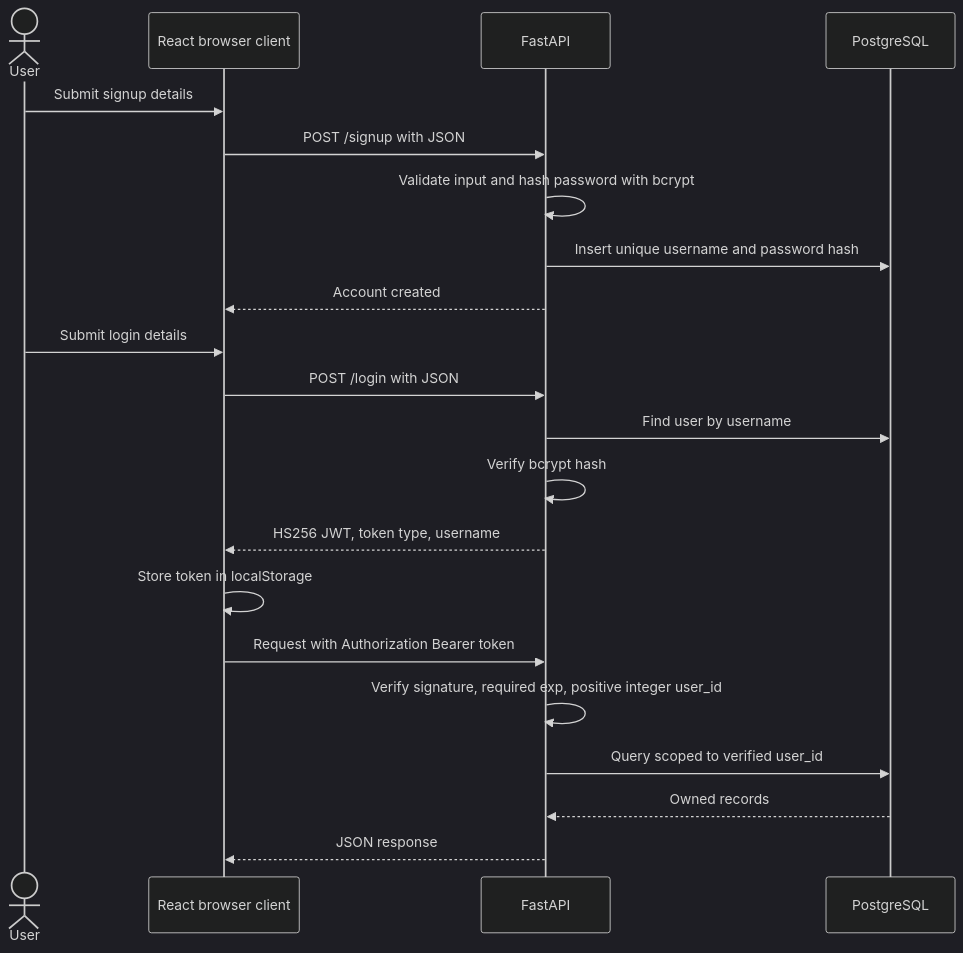
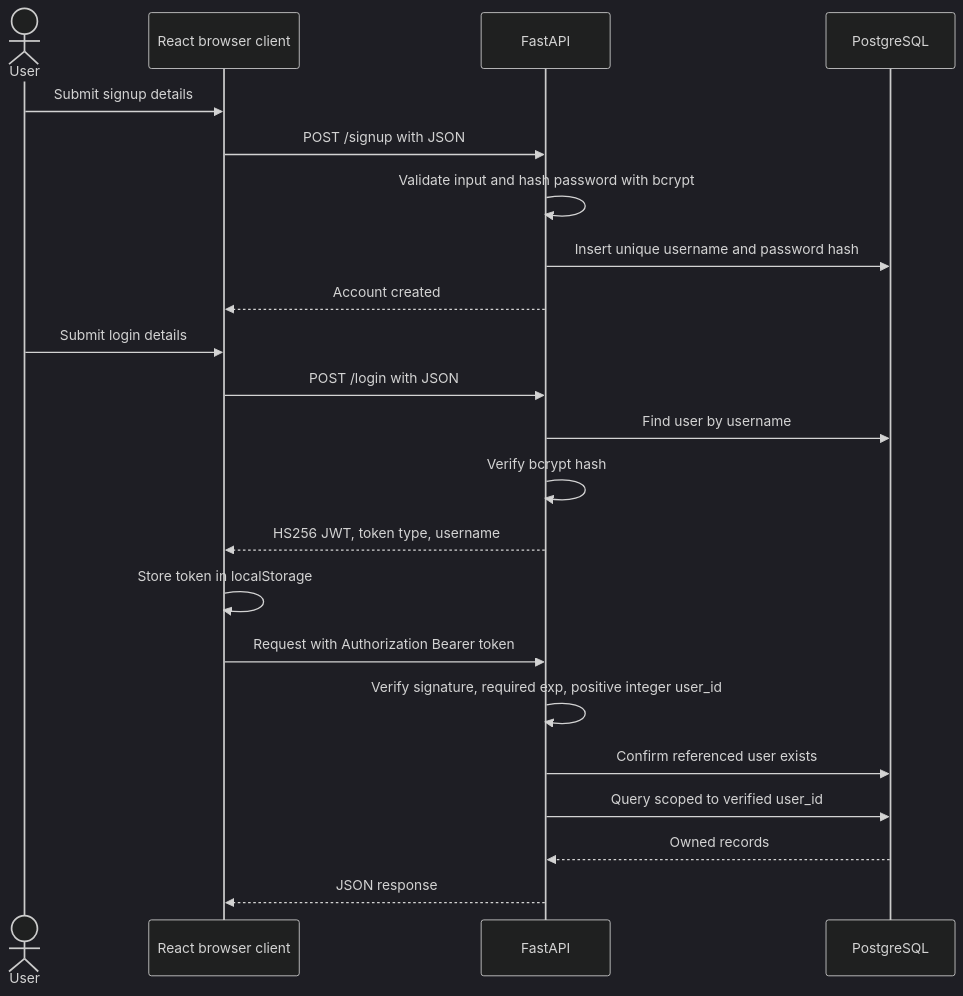
Before and after one commit to ran-nope/internship-tracker: the second of 2 diagrams in docs/ARCHITECTURE.md, drawn with Mermaid (dark theme). The commit also changed other lines of this file and 30 other files, not shown here.

````diff
--- a/docs/ARCHITECTURE.md
+++ b/docs/ARCHITECTURE.md
@@ -33,23 +33,24 @@
 ```mermaid
 sequenceDiagram
     actor User
     participant UI as React browser client
     participant API as FastAPI
     participant DB as PostgreSQL
     User->>UI: Submit signup details
     UI->>API: POST /signup with JSON
     API->>API: Validate input and hash password with bcrypt
     API->>DB: Insert unique username and password hash
     API-->>UI: Account created
     User->>UI: Submit login details
     UI->>API: POST /login with JSON
     API->>DB: Find user by username
     API->>API: Verify bcrypt hash
     API-->>UI: HS256 JWT, token type, username
     UI->>UI: Store token in localStorage
     UI->>API: Request with Authorization Bearer token
     API->>API: Verify signature, required exp, positive integer user_id
+    API->>DB: Confirm referenced user exists
     API->>DB: Query scoped to verified user_id
     DB-->>API: Owned records
     API-->>UI: JSON response
 ```
````
